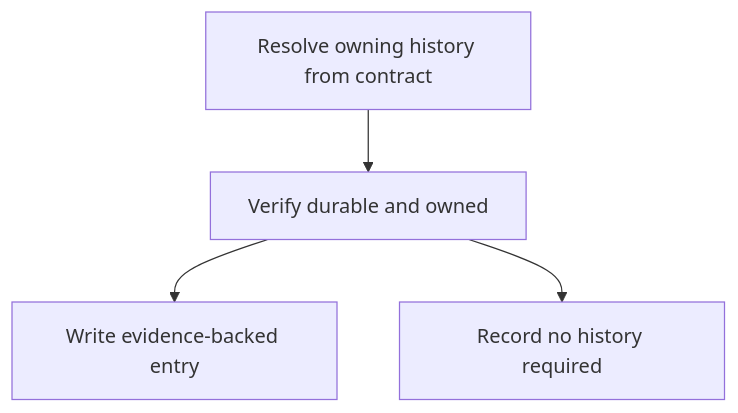
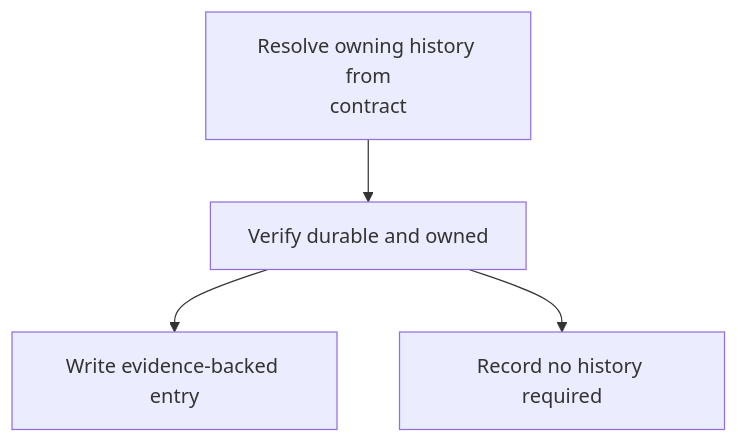
One commit to abstract-business-systems/as-is changed the diagram in skills/master/managing-changelogs/as-is.md. Above: the diagram before and after it, drawn with Mermaid. The commit also changed other lines of this file and 40 other files, not shown here.

````diff
--- a/skills/master/managing-changelogs/as-is.md
+++ b/skills/master/managing-changelogs/as-is.md
@@ -14,6 +14,6 @@
 ```mermaid
 flowchart TD
-    A["Resolve owning history from contract"] --> B["Verify durable and owned"]
+    A["Resolve owning history from<br/>contract"] --> B["Verify durable and owned"]
     B --> C["Write evidence-backed entry"]
     B --> D["Record no history required"]
 ```
````
